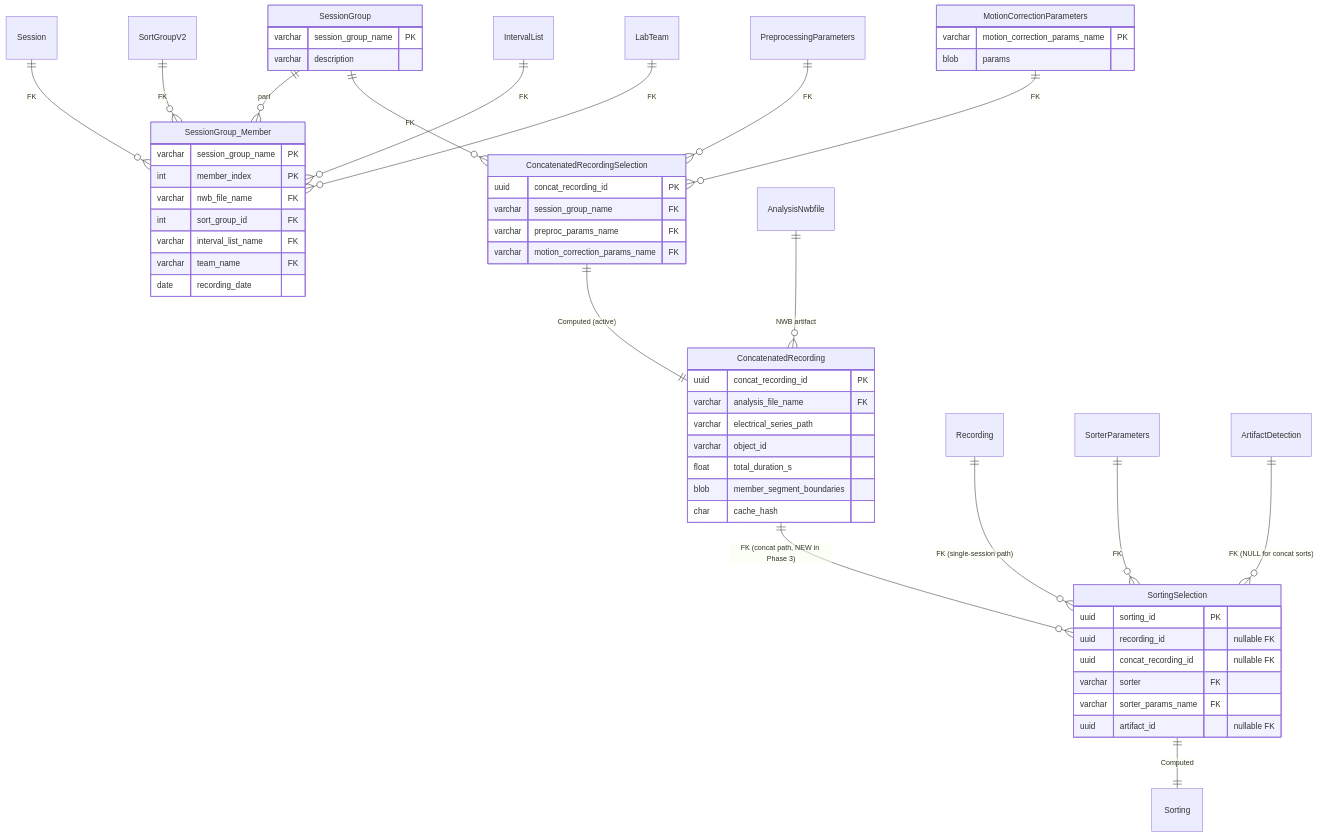
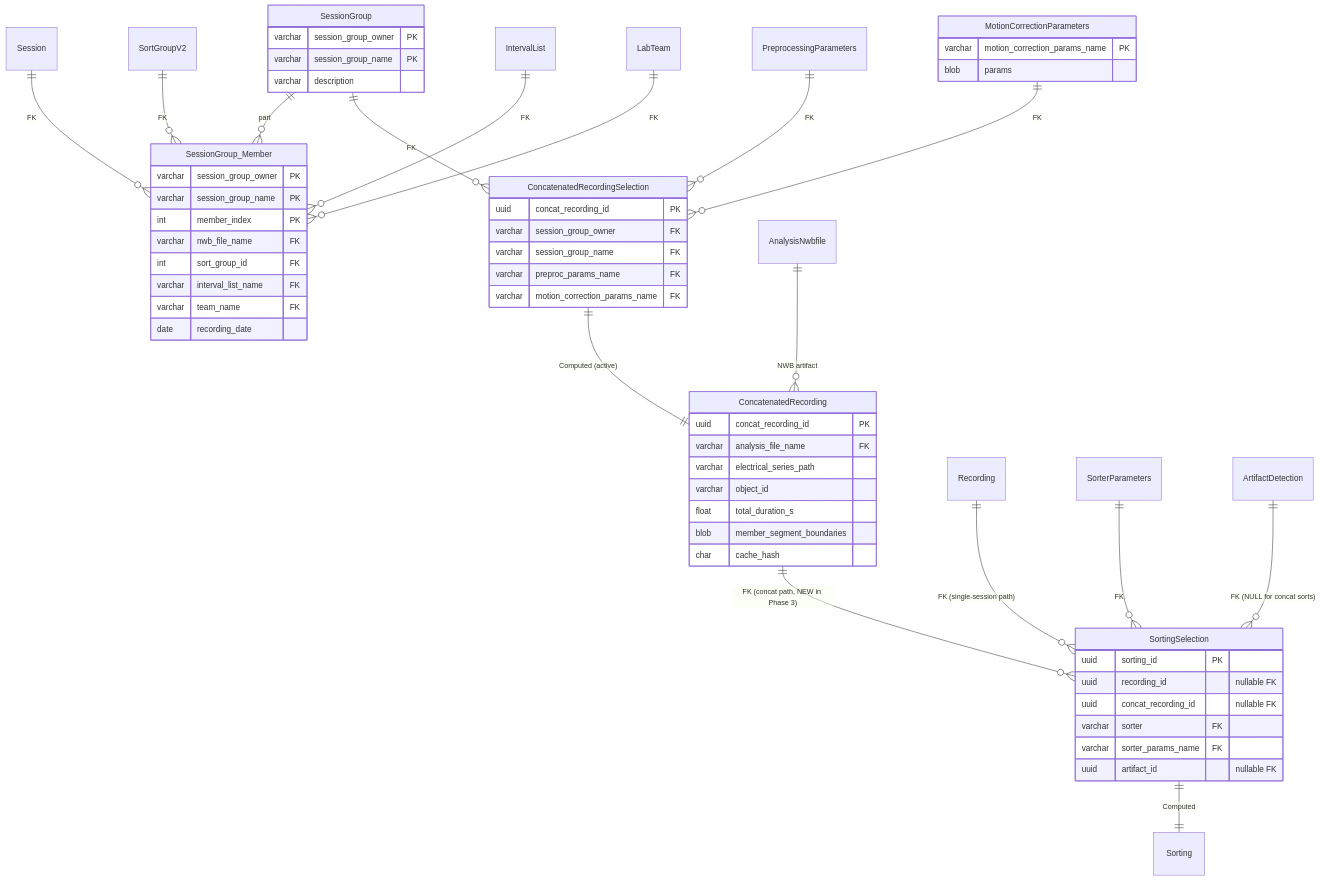
Before and after one commit to LorenFrankLab/spyglass: the first of 2 diagrams in .claude/docs/plans/spikesorting-v2/diagrams/03-phase-3.md, drawn with Mermaid. The commit also changed other lines of this file and 16 other files, not shown here.

First line of the commit message:
Add session_group_owner and staging atomicity

````diff
--- a/.claude/docs/plans/spikesorting-v2/diagrams/03-phase-3.md
+++ b/.claude/docs/plans/spikesorting-v2/diagrams/03-phase-3.md
@@ -17,64 +17,67 @@
 ```mermaid
 erDiagram
     %% ===== From Phase 1 =====
 
     %% ===== Schema declared Phase 1, ACTIVATED Phase 3 =====
     SessionGroup {
+        varchar session_group_owner PK
         varchar session_group_name PK
         varchar description
     }
     SessionGroup_Member {
+        varchar session_group_owner PK
         varchar session_group_name PK
         int member_index PK
         varchar nwb_file_name FK
         int sort_group_id FK
         varchar interval_list_name FK
         varchar team_name FK
         date recording_date
     }
     MotionCorrectionParameters {
         varchar motion_correction_params_name PK
         blob params
     }
     ConcatenatedRecordingSelection {
         uuid concat_recording_id PK
+        varchar session_group_owner FK
         varchar session_group_name FK
         varchar preproc_params_name FK
         varchar motion_correction_params_name FK
     }
     ConcatenatedRecording {
         uuid concat_recording_id PK
         varchar analysis_file_name FK
         varchar electrical_series_path
         varchar object_id
         float total_duration_s
         blob member_segment_boundaries
         char cache_hash
     }
     SortingSelection {
         uuid sorting_id PK
         uuid recording_id "nullable FK"
         uuid concat_recording_id "nullable FK"
         varchar sorter FK
         varchar sorter_params_name FK
         uuid artifact_id "nullable FK"
     }
 
     SessionGroup ||--o{ SessionGroup_Member : "part"
     Session ||--o{ SessionGroup_Member : "FK"
     SortGroupV2 ||--o{ SessionGroup_Member : "FK"
     IntervalList ||--o{ SessionGroup_Member : "FK"
     LabTeam ||--o{ SessionGroup_Member : "FK"
     SessionGroup ||--o{ ConcatenatedRecordingSelection : "FK"
     PreprocessingParameters ||--o{ ConcatenatedRecordingSelection : "FK"
     MotionCorrectionParameters ||--o{ ConcatenatedRecordingSelection : "FK"
     ConcatenatedRecordingSelection ||--|| ConcatenatedRecording : "Computed (active)"
     AnalysisNwbfile ||--o{ ConcatenatedRecording : "NWB artifact"
 
     %% ===== The XOR FK on SortingSelection now permits concat_recording_id =====
     Recording ||--o{ SortingSelection : "FK (single-session path)"
     ConcatenatedRecording ||--o{ SortingSelection : "FK (concat path, NEW in Phase 3)"
     SorterParameters ||--o{ SortingSelection : "FK"
     ArtifactDetection ||--o{ SortingSelection : "FK (NULL for concat sorts)"
     SortingSelection ||--|| Sorting : "Computed"
 ```
````
